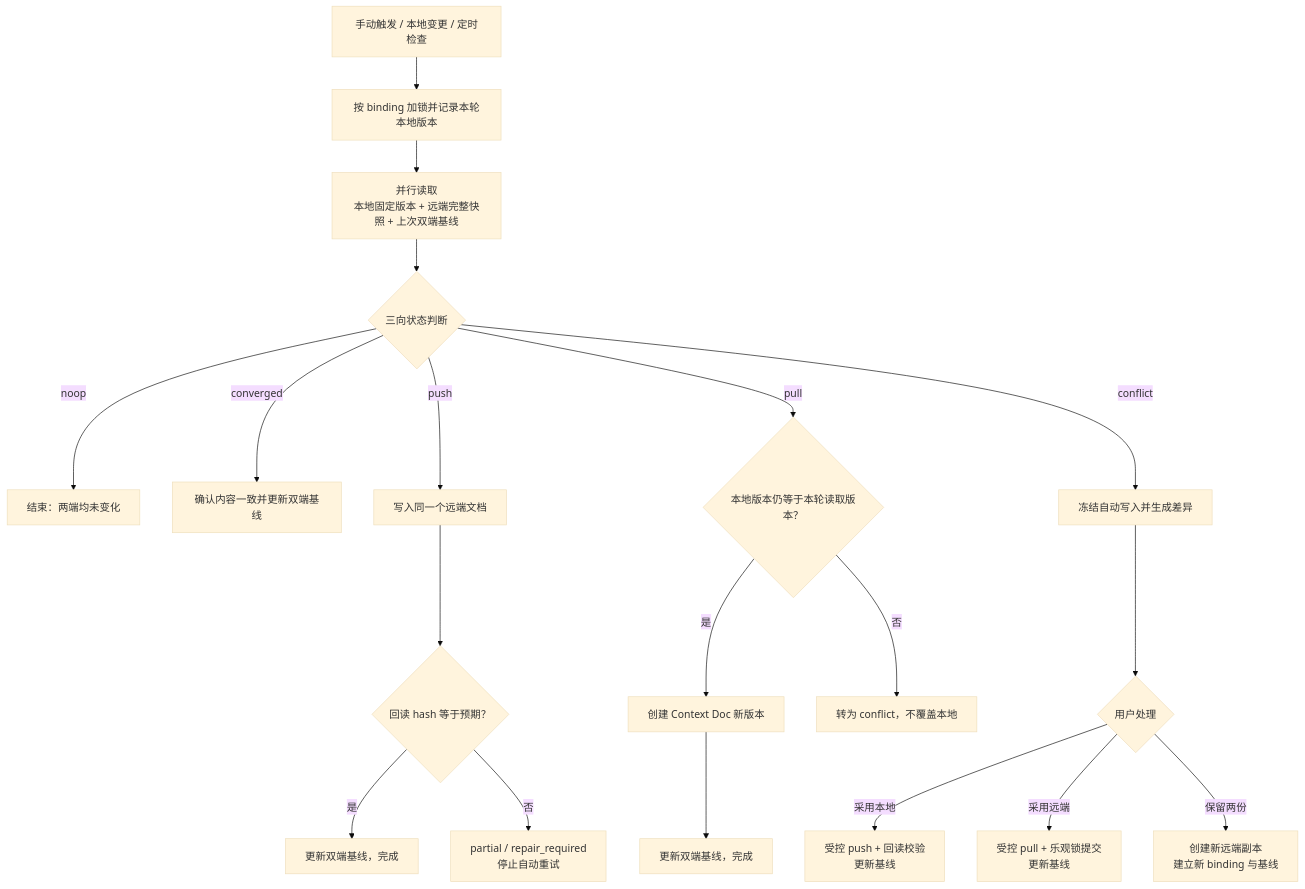
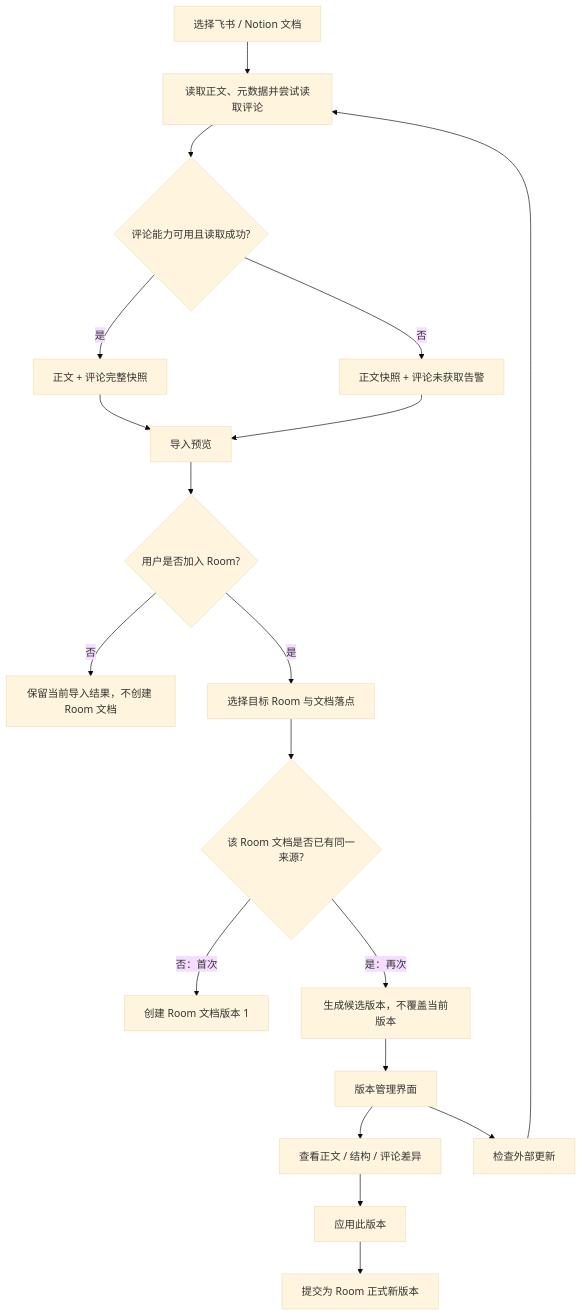
Before and after one commit to NxcoreAI/EverRoom: the second of 3 diagrams in feishu-notion-document-export-plan.md, drawn with Mermaid (base theme). The commit also changed other lines of this file and 45 other files, not shown here.

````diff
--- a/feishu-notion-document-export-plan.md
+++ b/feishu-notion-document-export-plan.md
@@ -135,29 +166,21 @@
 ```mermaid
 flowchart TD
-    START[手动触发 / 本地变更 / 定时检查]
-    LOCK[按 binding 加锁并记录本轮本地版本]
-    READS[并行读取<br/>本地固定版本 + 远端完整快照 + 上次双端基线]
-    DETECT{三向状态判断}
-
-    START --> LOCK
-    LOCK --> READS --> DETECT
-
-    DETECT -->|noop| NOOP[结束：两端均未变化]
-    DETECT -->|converged| CONVERGED[确认内容一致并更新双端基线]
-
-    DETECT -->|push| PUSH_WRITE[写入同一个远端文档]
-    PUSH_WRITE --> PUSH_VERIFY{回读 hash 等于预期？}
-    PUSH_VERIFY -->|是| PUSH_DONE[更新双端基线，完成]
-    PUSH_VERIFY -->|否| REPAIR[partial / repair_required<br/>停止自动重试]
-
-    DETECT -->|pull| PULL_GUARD{本地版本仍等于本轮读取版本？}
-    PULL_GUARD -->|是| PULL_APPLY[创建 Context Doc 新版本]
-    PULL_APPLY --> PULL_DONE[更新双端基线，完成]
-    PULL_GUARD -->|否| STALE_CONFLICT[转为 conflict，不覆盖本地]
-
-    DETECT -->|conflict| FREEZE[冻结自动写入并生成差异]
-    FREEZE --> CHOICE{用户处理}
-    CHOICE -->|采用本地| RESOLVE_LOCAL[受控 push + 回读校验<br/>更新基线]
-    CHOICE -->|采用远端| RESOLVE_REMOTE[受控 pull + 乐观锁提交<br/>更新基线]
-    CHOICE -->|保留两份| RESOLVE_COPY[创建新远端副本<br/>建立新 binding 与基线]
+    SELECT[选择飞书 / Notion 文档] --> READ[读取正文、元数据并尝试读取评论]
+    READ --> COMMENTS{评论能力可用且读取成功?}
+    COMMENTS -->|是| FULL[正文 + 评论完整快照]
+    COMMENTS -->|否| DEGRADED[正文快照 + 评论未获取告警]
+    FULL --> PREVIEW[导入预览]
+    DEGRADED --> PREVIEW
+    PREVIEW --> JOIN{用户是否加入 Room?}
+    JOIN -->|否| OUTSIDE[保留当前导入结果，不创建 Room 文档]
+    JOIN -->|是| TARGET[选择目标 Room 与文档落点]
+    TARGET --> SAME{该 Room 文档是否已有同一来源?}
+    SAME -->|否：首次| V1[创建 Room 文档版本 1]
+    SAME -->|是：再次| CANDIDATE[生成候选版本，不覆盖当前版本]
+    CANDIDATE --> MANAGE[版本管理界面]
+    MANAGE --> DIFF[查看正文 / 结构 / 评论差异]
+    MANAGE --> CHECK[检查外部更新]
+    CHECK --> READ
+    DIFF --> APPLY[应用此版本]
+    APPLY --> NEW_VERSION[提交为 Room 正式新版本]
 ```
````
